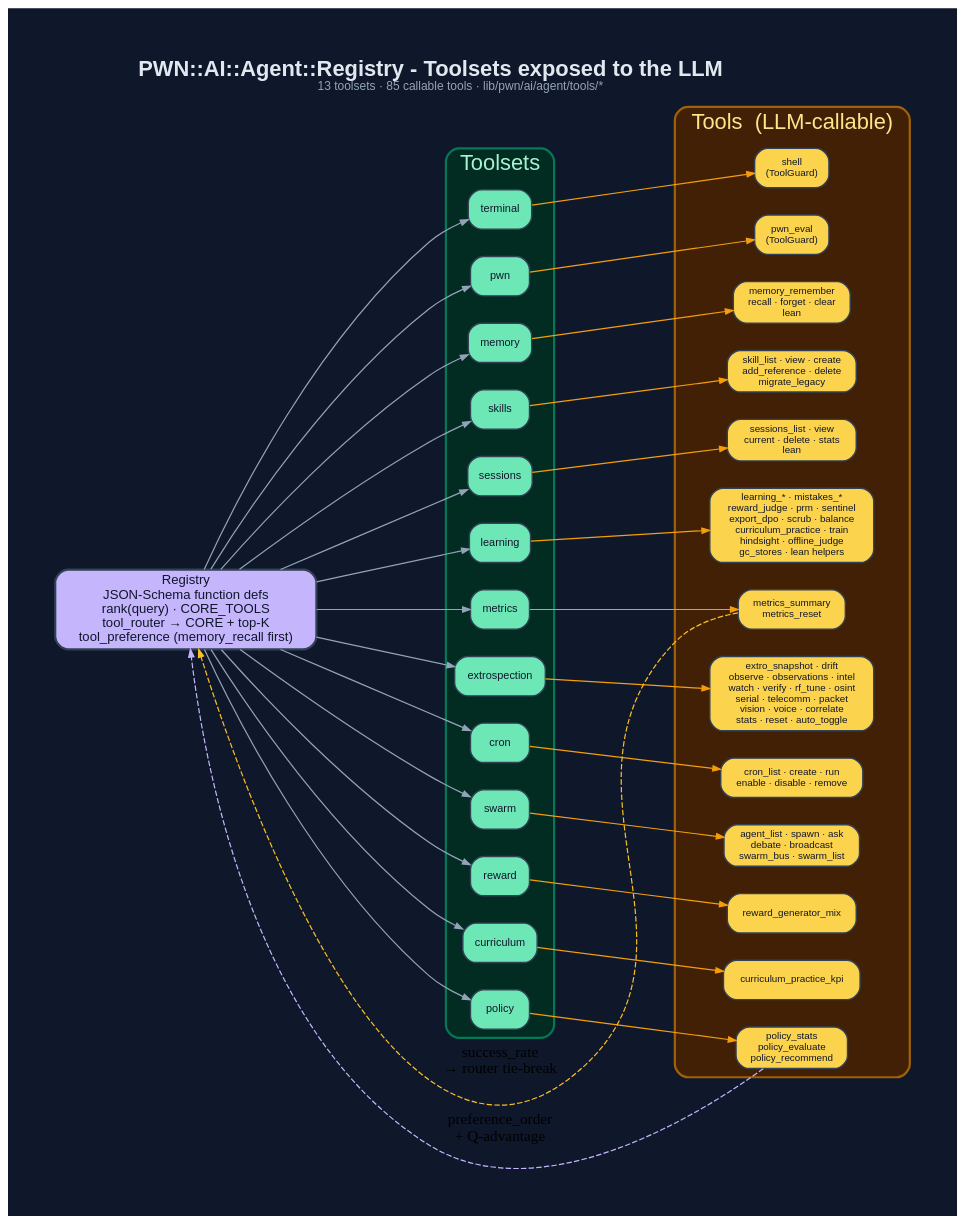
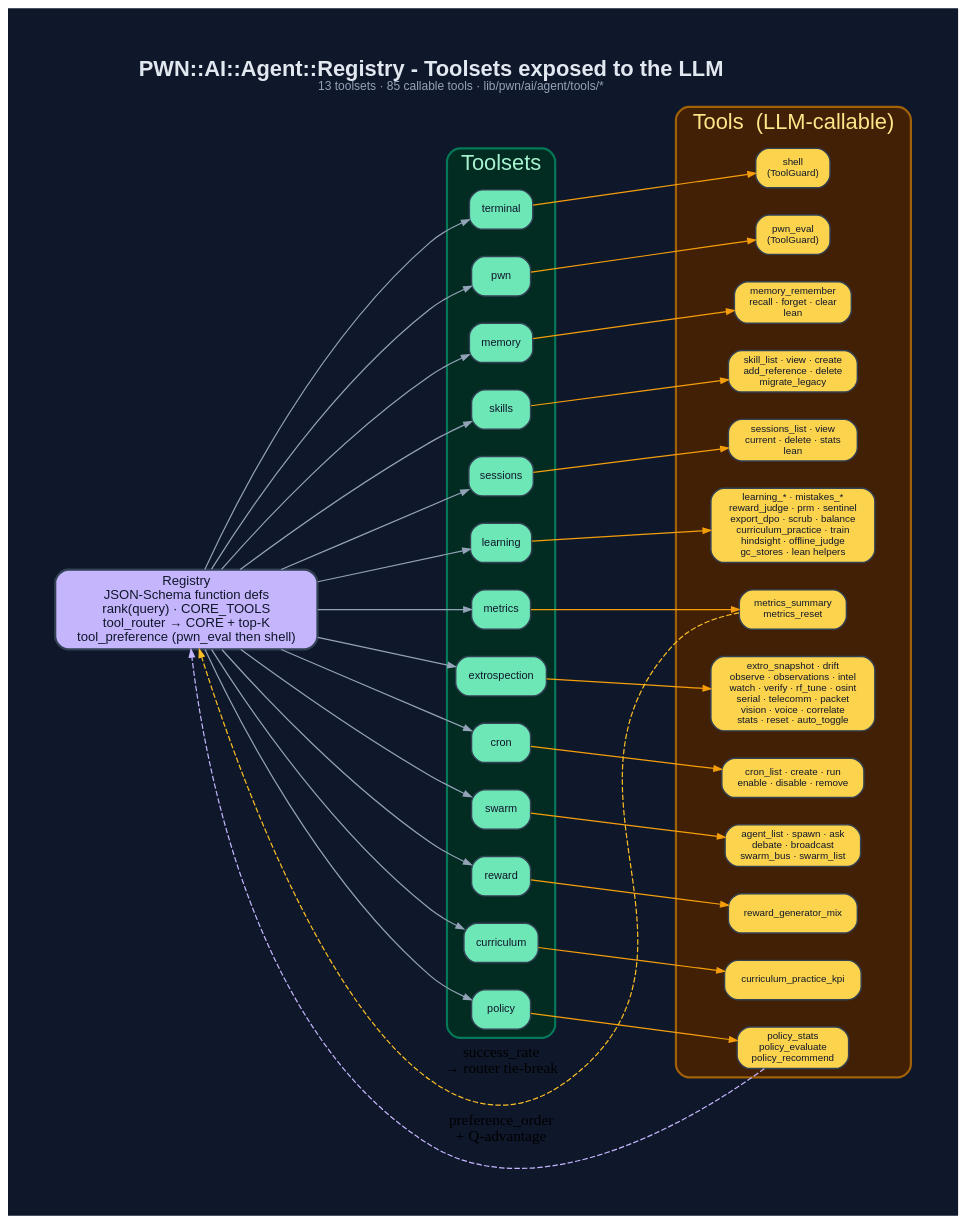
Before and after one commit to 0dayInc/pwn: the diagram in documentation/diagrams/dot/agent-tool-registry.dot, drawn with Graphviz. The commit also changed 35 other files, not shown here.

Commit message:
PWN::AI::Agent::Registry module - implement tool priority order preferences (including broader list of tools), `spin.stop` object #bugfix in `pwn-ai`, and documentation updates

```diff
--- a/documentation/diagrams/dot/agent-tool-registry.dot
+++ b/documentation/diagrams/dot/agent-tool-registry.dot
@@ -1,72 +1,72 @@
 digraph "PWN_Agent_Tool_Registry" {
   graph [
     label=<<B>PWN::AI::Agent::Registry - Toolsets exposed to the LLM</B><BR/><FONT POINT-SIZE="11" COLOR="#94a3b8">13 toolsets · 85 callable tools · lib/pwn/ai/agent/tools/*</FONT>>,
     labelloc=t, fontsize=20, fontname="Helvetica",
     rankdir=LR, splines=spline, nodesep=0.35, ranksep=1.4,
     bgcolor="#0f172a", fontcolor="#e2e8f0", pad=0.6, newrank=true
   ];
   node [fontname="Helvetica", fontsize=10, style="filled,rounded",
         shape=box, penwidth=1.3, color="#334155", fontcolor="#0f172a"];
   edge [color="#94a3b8", penwidth=1.1, arrowsize=0.7];
 
-  Registry [label="Registry\nJSON-Schema function defs\nrank(query) · CORE_TOOLS\ntool_router → CORE + top-K\ntool_preference (memory_recall first)", fillcolor="#c4b5fd", fontsize=12, penwidth=2];
+  Registry [label="Registry\nJSON-Schema function defs\nrank(query) · CORE_TOOLS\ntool_router → CORE + top-K\ntool_preference (pwn_eval then shell)", fillcolor="#c4b5fd", fontsize=12, penwidth=2];
 
   subgraph cluster_ts {
     label="Toolsets"; fontcolor="#a7f3d0"; style=rounded;
     color="#047857"; bgcolor="#022c22"; penwidth=2;
     terminal [label="terminal", fillcolor="#6ee7b7"];
     pwn      [label="pwn",      fillcolor="#6ee7b7"];
     memory   [label="memory",   fillcolor="#6ee7b7"];
     skills   [label="skills",   fillcolor="#6ee7b7"];
     sessions [label="sessions", fillcolor="#6ee7b7"];
     learning [label="learning", fillcolor="#6ee7b7"];
     metrics  [label="metrics",  fillcolor="#6ee7b7"];
     extro    [label="extrospection", fillcolor="#6ee7b7"];
     cron     [label="cron",     fillcolor="#6ee7b7"];
     swarm    [label="swarm",    fillcolor="#6ee7b7"];
     reward   [label="reward",   fillcolor="#6ee7b7"];
     curric   [label="curriculum", fillcolor="#6ee7b7"];
     policy   [label="policy",   fillcolor="#6ee7b7"];
   }
 
   subgraph cluster_tools {
     label="Tools  (LLM-callable)"; fontcolor="#fde68a"; style=rounded;
     color="#a16207"; bgcolor="#422006"; penwidth=2;
     node [fillcolor="#fcd34d", fontsize=9];
     t_shell   [label="shell\n(ToolGuard)"];
     t_eval    [label="pwn_eval\n(ToolGuard)"];
     t_mem     [label="memory_remember\nrecall · forget · clear\nlean"];
     t_skill   [label="skill_list · view · create\nadd_reference · delete\nmigrate_legacy"];
     t_sess    [label="sessions_list · view\ncurrent · delete · stats\nlean"];
     t_learn   [label="learning_* · mistakes_*\nreward_judge · prm · sentinel\nexport_dpo · scrub · balance\ncurriculum_practice · train\nhindsight · offline_judge\ngc_stores · lean helpers"];
     t_metric  [label="metrics_summary\nmetrics_reset"];
     t_extro   [label="extro_snapshot · drift\nobserve · observations · intel\nwatch · verify · rf_tune · osint\nserial · telecomm · packet\nvision · voice · correlate\nstats · reset · auto_toggle"];
     t_cron    [label="cron_list · create · run\nenable · disable · remove"];
     t_swarm   [label="agent_list · spawn · ask\ndebate · broadcast\nswarm_bus · swarm_list"];
     t_reward  [label="reward_generator_mix"];
     t_curric  [label="curriculum_practice_kpi"];
     t_policy  [label="policy_stats\npolicy_evaluate\npolicy_recommend"];
   }
 
   Registry -> terminal; Registry -> pwn; Registry -> memory;
   Registry -> skills; Registry -> sessions; Registry -> learning;
   Registry -> metrics; Registry -> extro; Registry -> cron; Registry -> swarm;
   Registry -> reward; Registry -> curric; Registry -> policy;
 
   terminal -> t_shell  [color="#f59e0b"];
   pwn      -> t_eval   [color="#f59e0b"];
   memory   -> t_mem    [color="#f59e0b"];
   skills   -> t_skill  [color="#f59e0b"];
   sessions -> t_sess   [color="#f59e0b"];
   learning -> t_learn  [color="#f59e0b"];
   metrics  -> t_metric [color="#f59e0b"];
   extro    -> t_extro  [color="#f59e0b"];
   cron     -> t_cron   [color="#f59e0b"];
   swarm    -> t_swarm  [color="#f59e0b"];
   reward   -> t_reward [color="#f59e0b"];
   policy   -> t_policy [color="#f59e0b"];
   curric   -> t_curric [color="#f59e0b"];
 
   t_metric -> Registry [label="success_rate\n→ router tie-break", style=dashed, color="#fbbf24", constraint=false];
   t_policy -> Registry [label="preference_order\n+ Q-advantage", style=dashed, color="#c4b5fd", constraint=false];
 }
```
